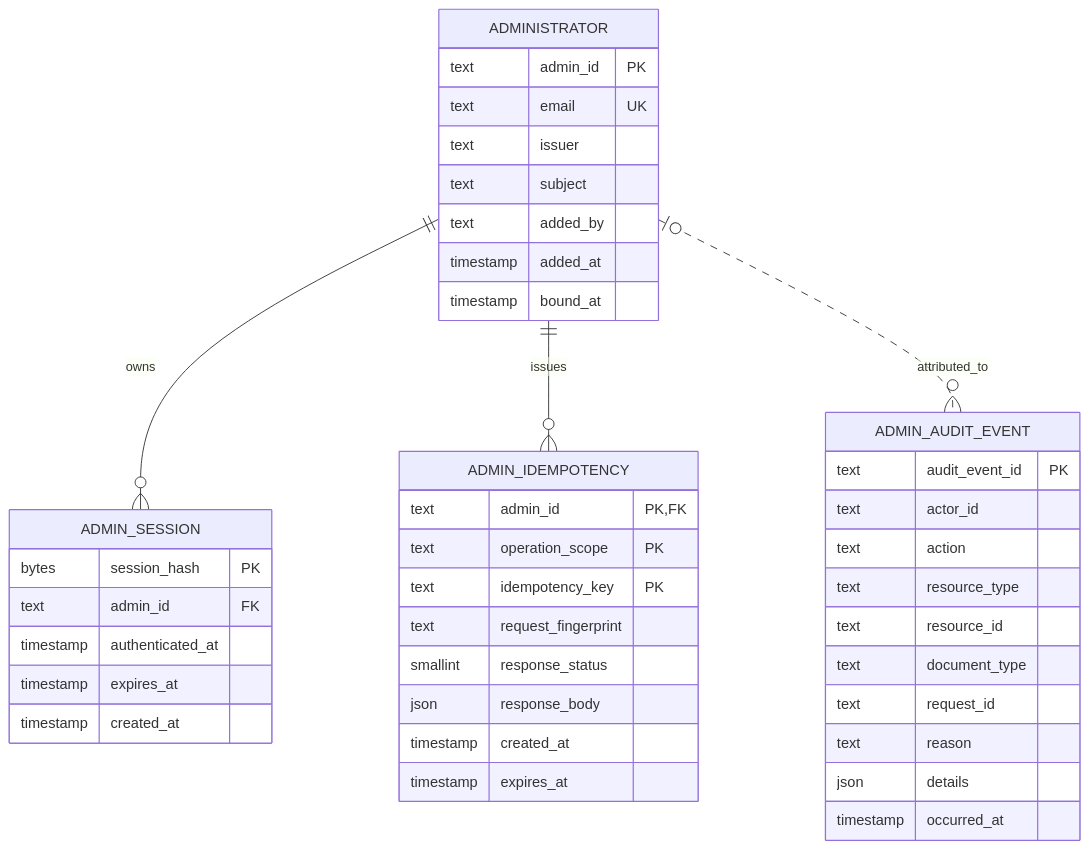
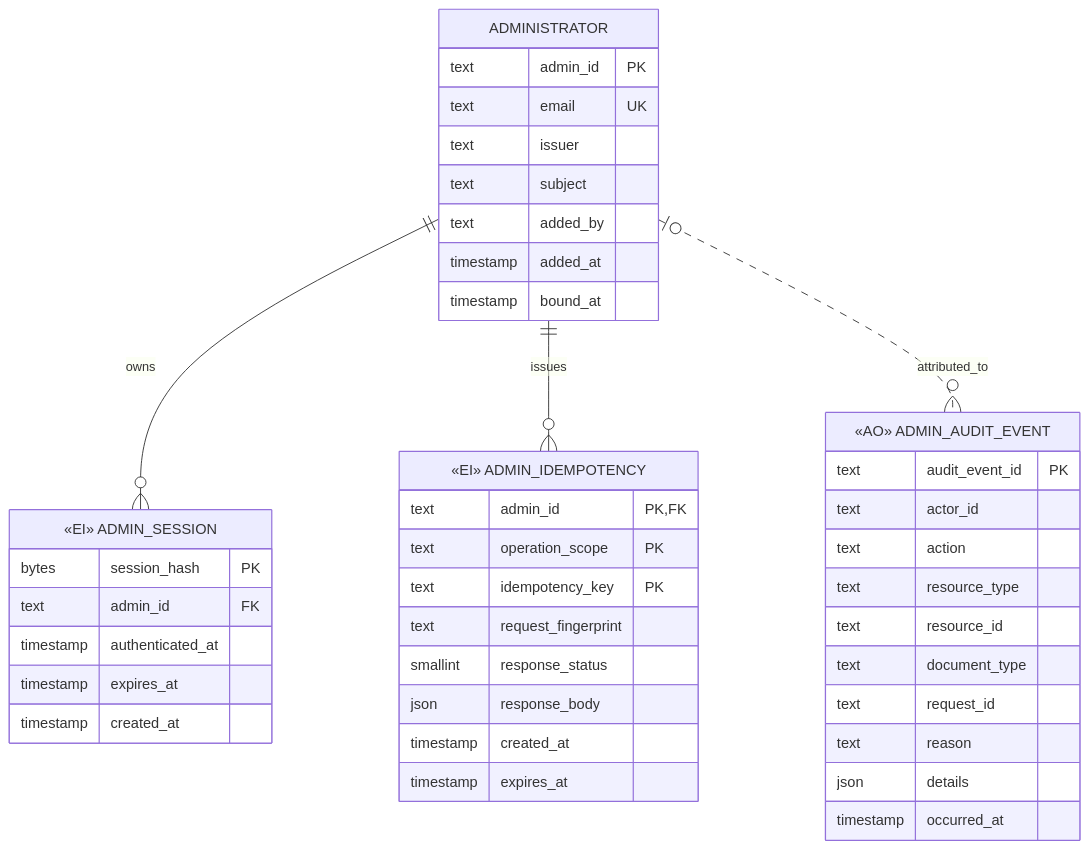
The second of 5 diagrams in docs/design/platform-v0/platform-er-model-v0.md (shazhou-ww/unidocs), drawn with Mermaid before and after one commit. The commit also changed other lines of this file and 11 other files, not shown here.

````diff
--- a/docs/design/platform-v0/platform-er-model-v0.md
+++ b/docs/design/platform-v0/platform-er-model-v0.md
@@ -159,45 +159,45 @@
 ```mermaid
 erDiagram
     ADMINISTRATOR ||--o{ ADMIN_SESSION : owns
     ADMINISTRATOR ||--o{ ADMIN_IDEMPOTENCY : issues
     ADMINISTRATOR o|..o{ ADMIN_AUDIT_EVENT : attributed_to
 
     ADMINISTRATOR {
         text admin_id PK
         text email UK
         text issuer
         text subject
         text added_by
         timestamp added_at
         timestamp bound_at
     }
-    ADMIN_SESSION {
+    ADMIN_SESSION["«EI» ADMIN_SESSION"] {
         bytes session_hash PK
         text admin_id FK
         timestamp authenticated_at
         timestamp expires_at
         timestamp created_at
     }
-    ADMIN_IDEMPOTENCY {
+    ADMIN_IDEMPOTENCY["«EI» ADMIN_IDEMPOTENCY"] {
         text admin_id PK,FK
         text operation_scope PK
         text idempotency_key PK
         text request_fingerprint
         smallint response_status
         json response_body
         timestamp created_at
         timestamp expires_at
     }
-    ADMIN_AUDIT_EVENT {
+    ADMIN_AUDIT_EVENT["«AO» ADMIN_AUDIT_EVENT"] {
         text audit_event_id PK
         text actor_id
         text action
         text resource_type
         text resource_id
         text document_type
         text request_id
         text reason
         json details
         timestamp occurred_at
     }
 ```
````
